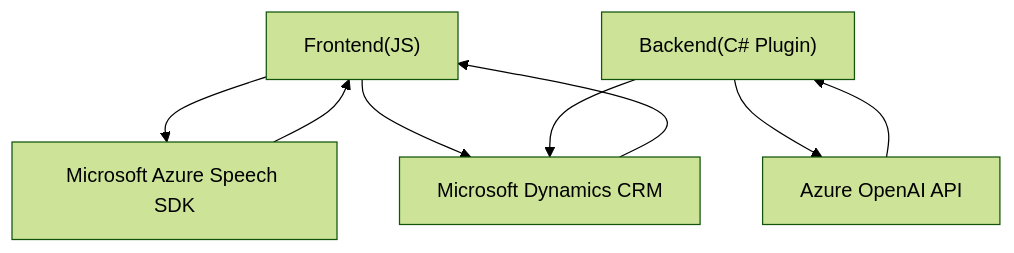
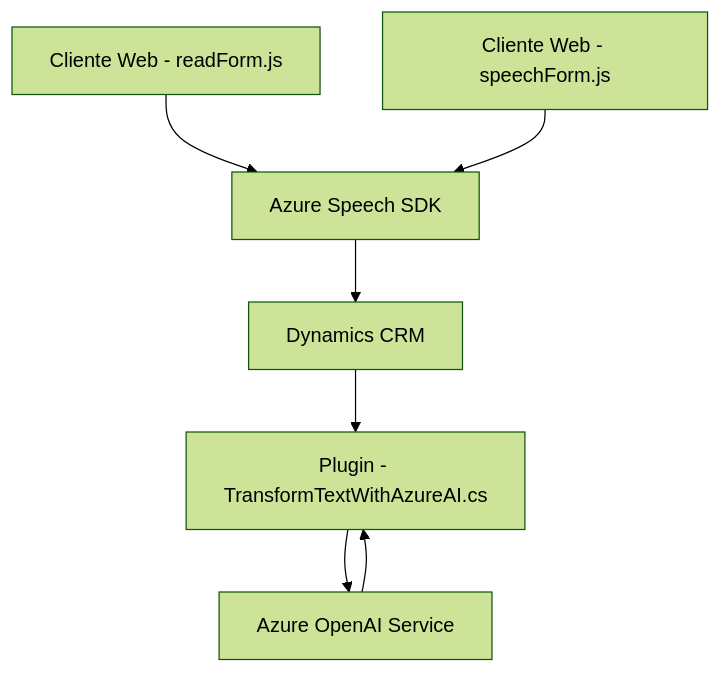
Before and after one commit to blopezdm/NETCORE_BILBAO2025: the diagram in README.md, drawn with Mermaid (forest theme). The commit also changed other lines of this file, not shown here.

````diff
--- a/README.md
+++ b/README.md
@@ -59,16 +35,16 @@
 ```mermaid
 graph TD
-A["Frontend(JS)"]
-B["Backend(C# Plugin)"]
-C["Microsoft Azure Speech SDK"]
-D["Microsoft Dynamics CRM"]
-E["Azure OpenAI API"]
-
-A --> C
-A --> D
-B --> D
-B --> E
-C --> A
-D --> A
-E --> B
+  A["Cliente Web - readForm.js"]
+  B["Cliente Web - speechForm.js"]
+  C["Azure Speech SDK"]
+  D["Dynamics CRM"]
+  E["Plugin - TransformTextWithAzureAI.cs"]
+  F["Azure OpenAI Service"]
+  
+  A --> C
+  B --> C
+  C --> D
+  D --> E
+  E --> F
+  F --> E
 ```
````
